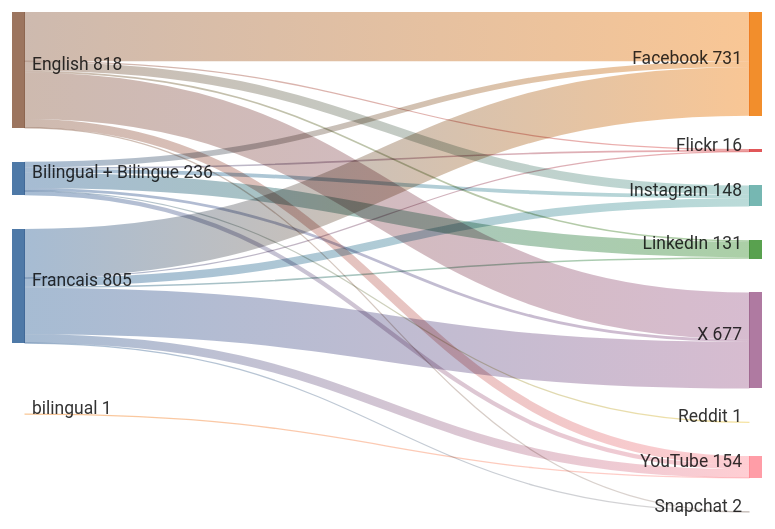
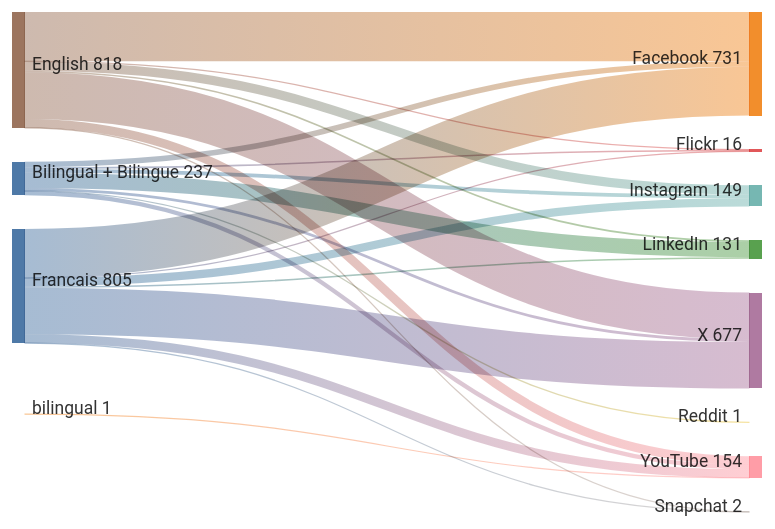
One commit to PatLittle/GC-Socials changed the diagram in sankey_diagram.md. Above: the diagram before and after it, drawn with Mermaid.

Commit message:
Update Sankey diagram for the most recent day

````diff
--- a/sankey_diagram.md
+++ b/sankey_diagram.md
@@ -1,25 +1,25 @@
 ```mermaid
 sankey-beta
   Bilingual + Bilingue,Facebook,40
   Bilingual + Bilingue,Flickr,11
-  Bilingual + Bilingue,Instagram,26
+  Bilingual + Bilingue,Instagram,27
   Bilingual + Bilingue,LinkedIn,108
   Bilingual + Bilingue,Reddit,1
   Bilingual + Bilingue,X,20
   Bilingual + Bilingue,YouTube,30
   English,Facebook,347
   English,Flickr,3
   English,Instagram,64
   English,LinkedIn,12
   English,Snapchat,1
   English,X,329
   English,YouTube,62
   Francais,Facebook,344
   Francais,Flickr,2
   Francais,Instagram,58
   Francais,LinkedIn,11
   Francais,Snapchat,1
   Francais,X,328
   Francais,YouTube,61
   bilingual,YouTube,1
 ```
````
